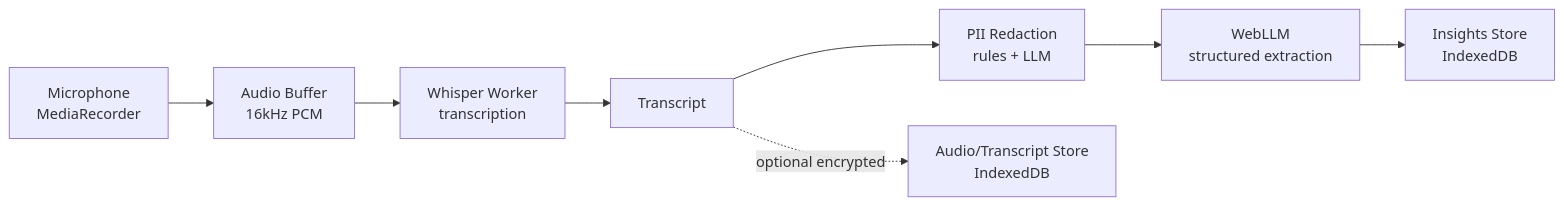
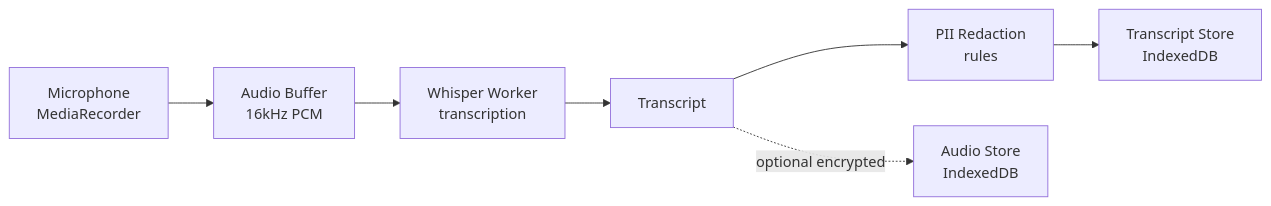
The diagram in PLAN.md (CampaignLab/DoorKnockingTranscriber), drawn with Mermaid before and after one commit. The commit also changed other lines of this file and 15 other files, not shown here.

````diff
--- a/PLAN.md
+++ b/PLAN.md
@@ -33,10 +32,9 @@
 ```mermaid
 flowchart LR
     A[Microphone<br/>MediaRecorder] --> B[Audio Buffer<br/>16kHz PCM]
     B --> C[Whisper Worker<br/>transcription]
     C --> D[Transcript]
-    D --> E[PII Redaction<br/>rules + LLM]
-    E --> F[WebLLM<br/>structured extraction]
-    F --> G[Insights Store<br/>IndexedDB]
-    D -.optional encrypted.-> H[Audio/Transcript Store<br/>IndexedDB]
+    D --> E[PII Redaction<br/>rules]
+    E --> F[Transcript Store<br/>IndexedDB]
+    D -.optional encrypted.-> G[Audio Store<br/>IndexedDB]
 ```
````
